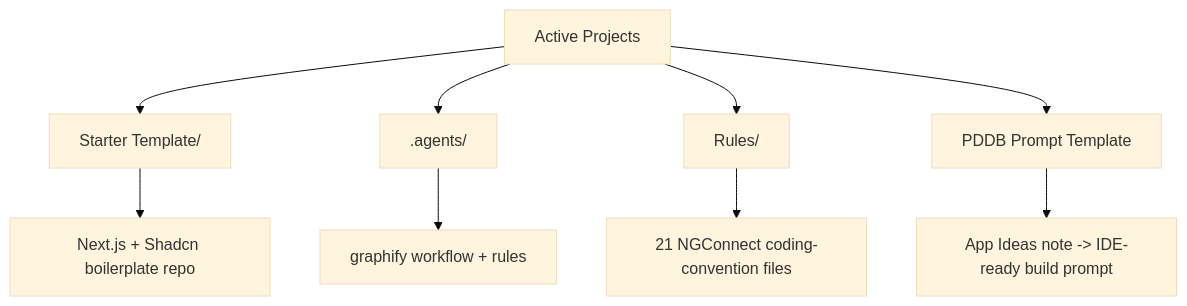
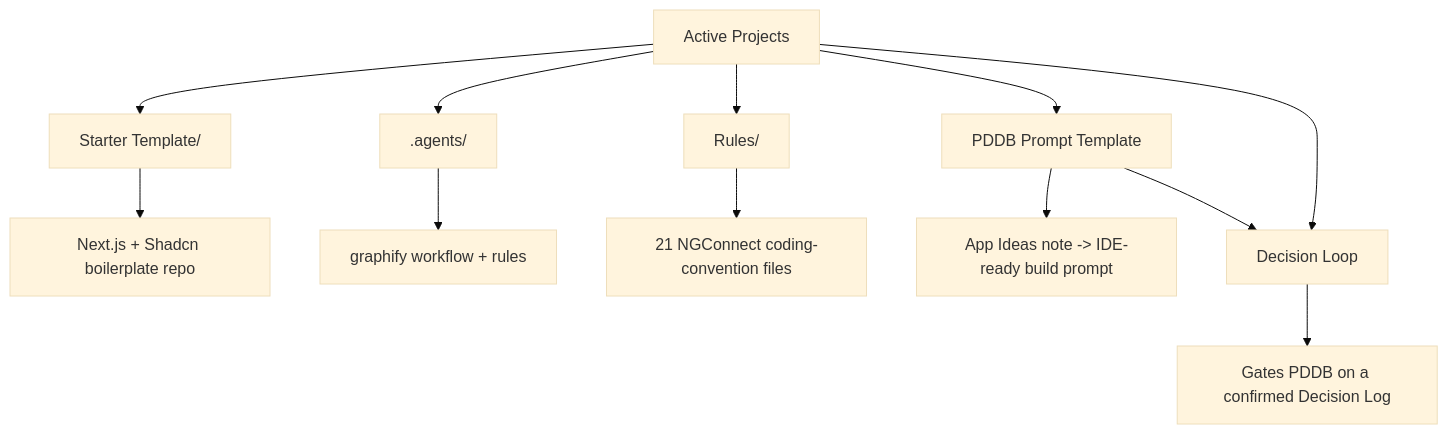
One commit to Nitinsudarshan/MindME changed the diagram in Active Projects/Active Projects.md. Above: the diagram before and after it, drawn with Mermaid (base theme). The commit also changed other lines of this file and 2 other files, not shown here.

Commit message:
Add Decision Loop gate to PDDB Prompt Template
Wires a confirmed <AppName> - Decision Log.md check into PDDB's
generation procedure: existing log -> proceed to prompt generation;
missing log -> Decision Loop interviews for build-environment and
architecture-ambiguity decisions research alone can't answer, then
assembles and commits the log before handing back to PDDB.

````diff
--- a/Active Projects/Active Projects.md
+++ b/Active Projects/Active Projects.md
@@ -22,12 +22,15 @@
 ```mermaid
 flowchart TD
     A[Active Projects]
     A --> B["Starter Template/"]
     A --> C[".agents/"]
     A --> D["Rules/"]
     A --> E["PDDB Prompt Template"]
+    A --> F["Decision Loop"]
     B --> B1[Next.js + Shadcn boilerplate repo]
     C --> C1[graphify workflow + rules]
     D --> D1[21 NGConnect coding-convention files]
     E --> E1[App Ideas note -> IDE-ready build prompt]
+    E --> F
+    F --> F1[Gates PDDB on a confirmed Decision Log]
 ```
````
